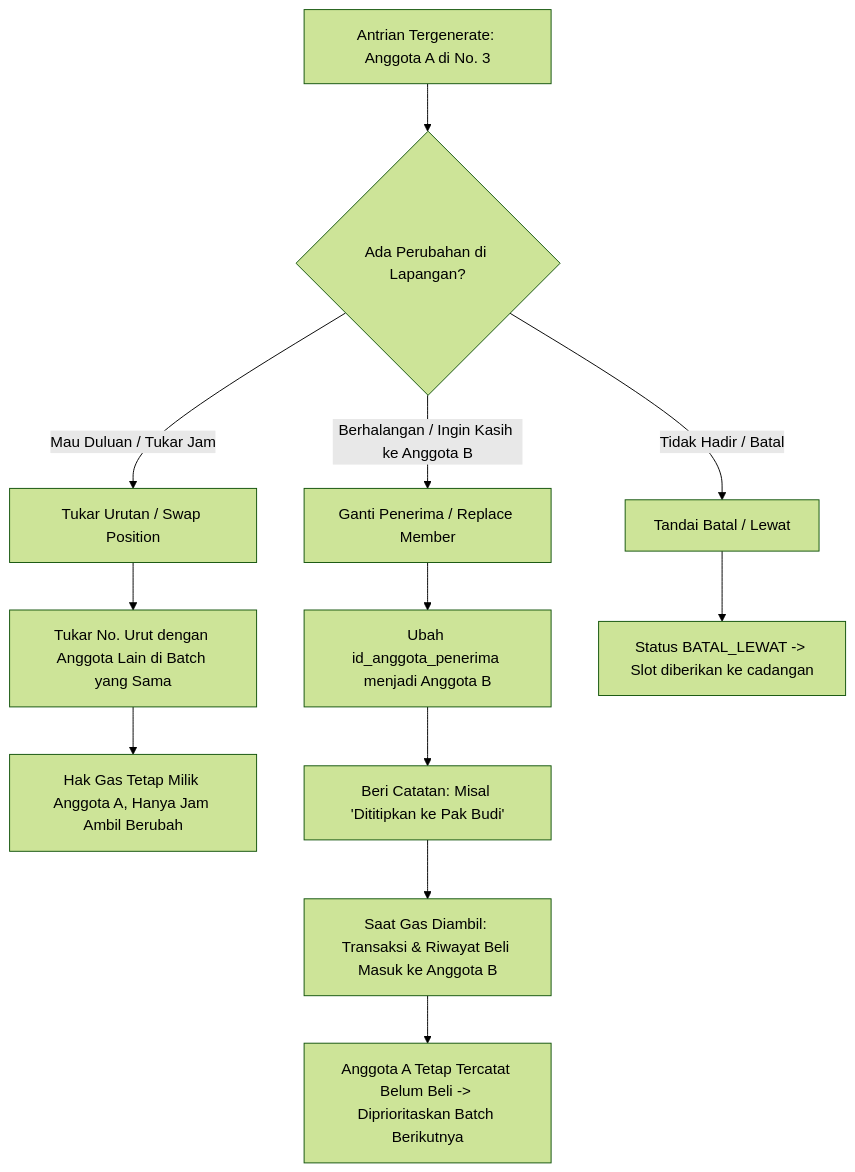
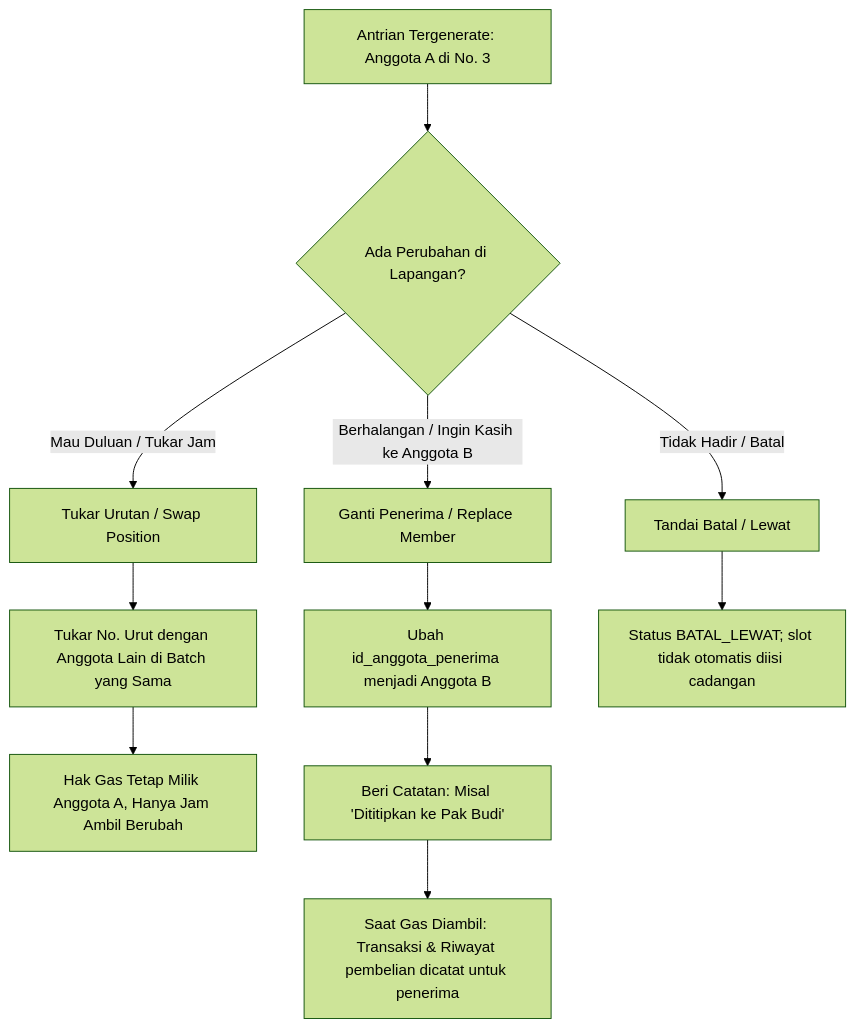
The diagram in README.md (agusnurwanto/kdmp-gas-lpg), drawn with Mermaid (forest theme) before and after one commit. The commit also changed other lines of this file and 7 other files, not shown here.

````diff
--- a/README.md
+++ b/README.md
@@ -141,16 +129,15 @@
 ```mermaid
 graph TD
     A[Antrian Tergenerate: Anggota A di No. 3] --> B{Ada Perubahan di Lapangan?}
     B -->|Mau Duluan / Tukar Jam| C[Tukar Urutan / Swap Position]
     C --> C1[Tukar No. Urut dengan Anggota Lain di Batch yang Sama]
     C1 --> C2[Hak Gas Tetap Milik Anggota A, Hanya Jam Ambil Berubah]
     
     B -->|Berhalangan / Ingin Kasih ke Anggota B| D[Ganti Penerima / Replace Member]
     D --> D1[Ubah id_anggota_penerima menjadi Anggota B]
     D1 --> D2[Beri Catatan: Misal 'Dititipkan ke Pak Budi']
-    D2 --> D3[Saat Gas Diambil: Transaksi & Riwayat Beli Masuk ke Anggota B]
-    D3 --> D4[Anggota A Tetap Tercatat Belum Beli -> Diprioritaskan Batch Berikutnya]
+    D2 --> D3[Saat Gas Diambil: Transaksi & Riwayat pembelian dicatat untuk penerima]
 
     B -->|Tidak Hadir / Batal| E[Tandai Batal / Lewat]
-    E --> E1[Status BATAL_LEWAT -> Slot diberikan ke cadangan]
+    E --> E1[Status BATAL_LEWAT; slot tidak otomatis diisi cadangan]
 ```
````
